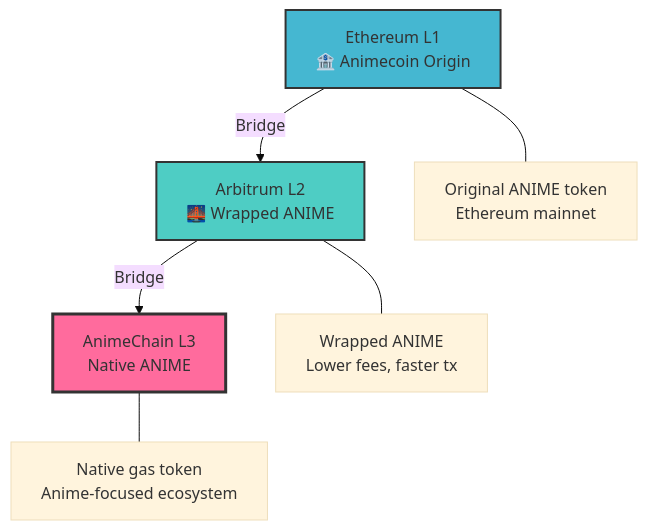
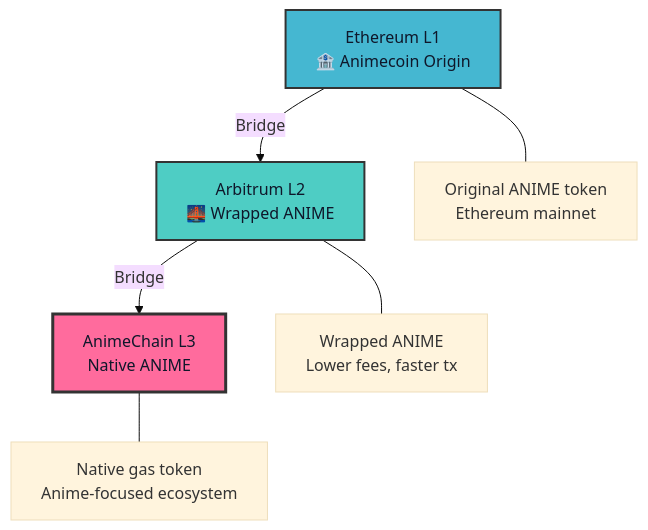
The diagram in docs/docs/index.md (andrewtheiss/AnimeChainDev), drawn with Mermaid (base theme) before and after one commit. The commit also changed 39 other files, not shown here.

````diff
--- a/docs/docs/index.md
+++ b/docs/docs/index.md
@@ -91,21 +91,21 @@
 ```mermaid
 graph TB
     L1[Ethereum L1<br/>🏦 Animecoin Origin]
     L2[Arbitrum L2<br/>🌉 Wrapped ANIME]
     L3[AnimeChain L3<br/>Native ANIME]
     
     L1 -->|Bridge| L2
     L2 -->|Bridge| L3
     
     L1_DESC[Original ANIME token<br/>Ethereum mainnet]
     L2_DESC[Wrapped ANIME<br/>Lower fees, faster tx]
     L3_DESC[Native gas token<br/>Anime-focused ecosystem]
     
     L1 --- L1_DESC
     L2 --- L2_DESC
     L3 --- L3_DESC
     
-    style L3 fill:#ff6b9d,stroke:#333,stroke-width:3px
-    style L2 fill:#4ecdc4,stroke:#333,stroke-width:2px
-    style L1 fill:#45b7d1,stroke:#333,stroke-width:2px
+    style L3 fill:#ff6b9d,stroke:#333,stroke-width:3px,color:#0f172a
+    style L2 fill:#4ecdc4,stroke:#333,stroke-width:2px,color:#0f172a
+    style L1 fill:#45b7d1,stroke:#333,stroke-width:2px,color:#0f172a
 ```
````
